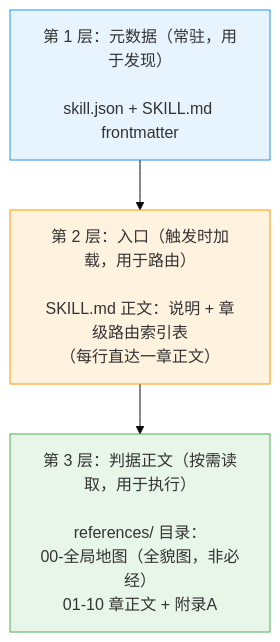
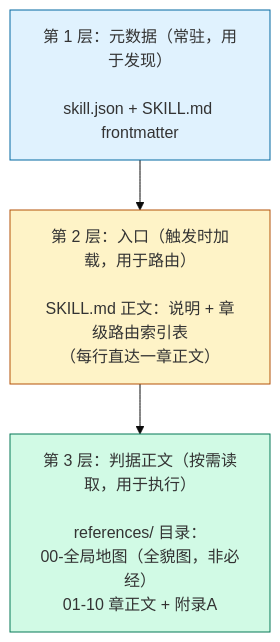
The first of 6 diagrams in docs/01-项目结构与流程图.md (LPK3215/agent-acceptance), drawn with Mermaid (base theme) before and after one commit. The commit also changed other lines of this file and 10 other files, not shown here.

````diff
--- a/docs/01-项目结构与流程图.md
+++ b/docs/01-项目结构与流程图.md
@@ -10,12 +10,12 @@
 ```mermaid
 graph TD
     L1["第 1 层：元数据（常驻，用于发现）<br/><br/>skill.json + SKILL.md frontmatter"]
     L2["第 2 层：入口（触发时加载，用于路由）<br/><br/>SKILL.md 正文：说明 + 章级路由索引表<br/>（每行直达一章正文）"]
     L3["第 3 层：判据正文（按需读取，用于执行）<br/><br/>references/ 目录：<br/>00-全局地图（全貌图，非必经）<br/>01-10 章正文 + 附录A"]
 
     L1 --> L2 --> L3
 
-    style L1 fill:#e8f4fd,stroke:#2196F3
-    style L2 fill:#fff3e0,stroke:#FF9800
-    style L3 fill:#e8f5e9,stroke:#4CAF50
+    style L1 fill:#e0f2fe,stroke:#0369a1
+    style L2 fill:#fef3c7,stroke:#b45309
+    style L3 fill:#d1fae5,stroke:#047857
 ```
````
